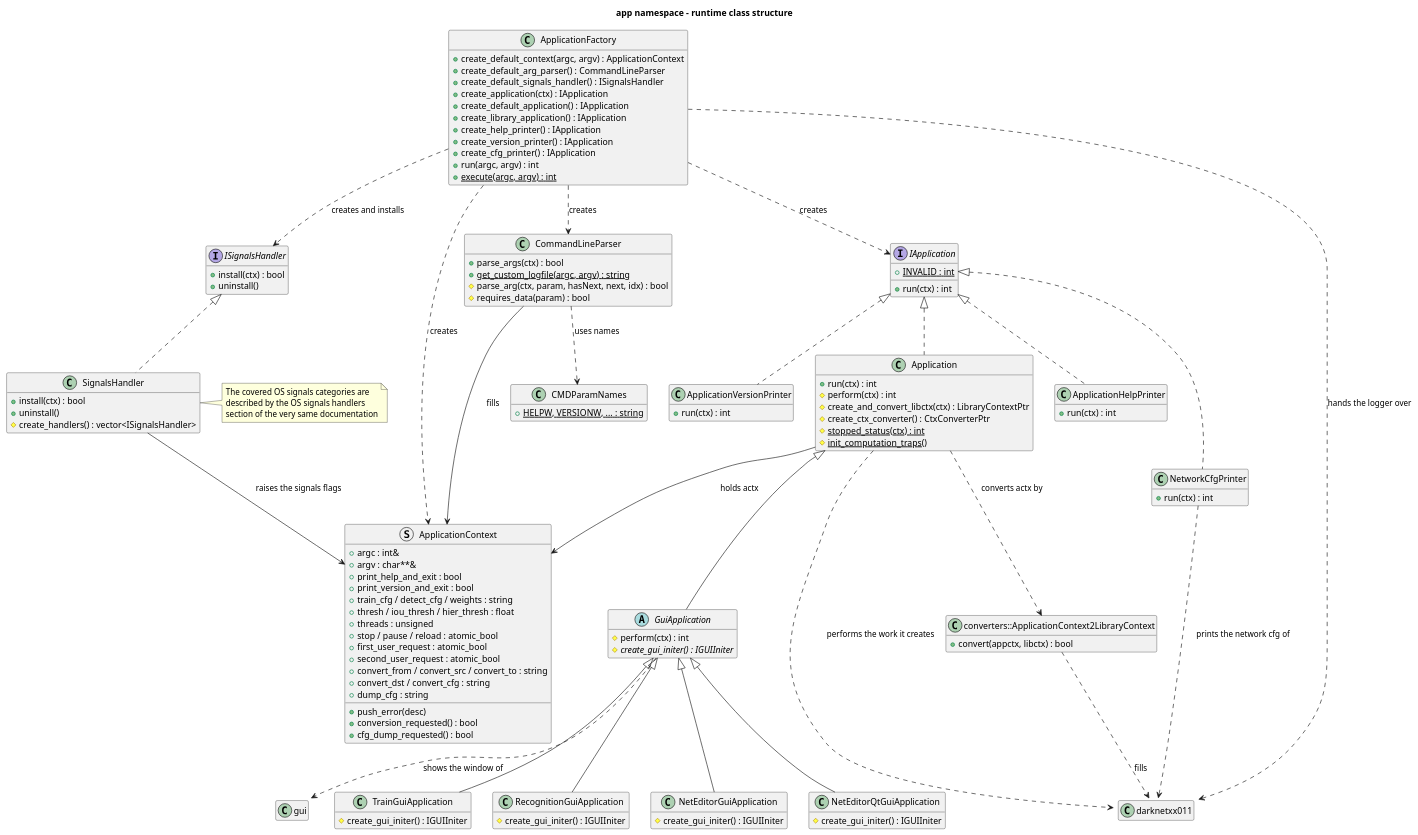
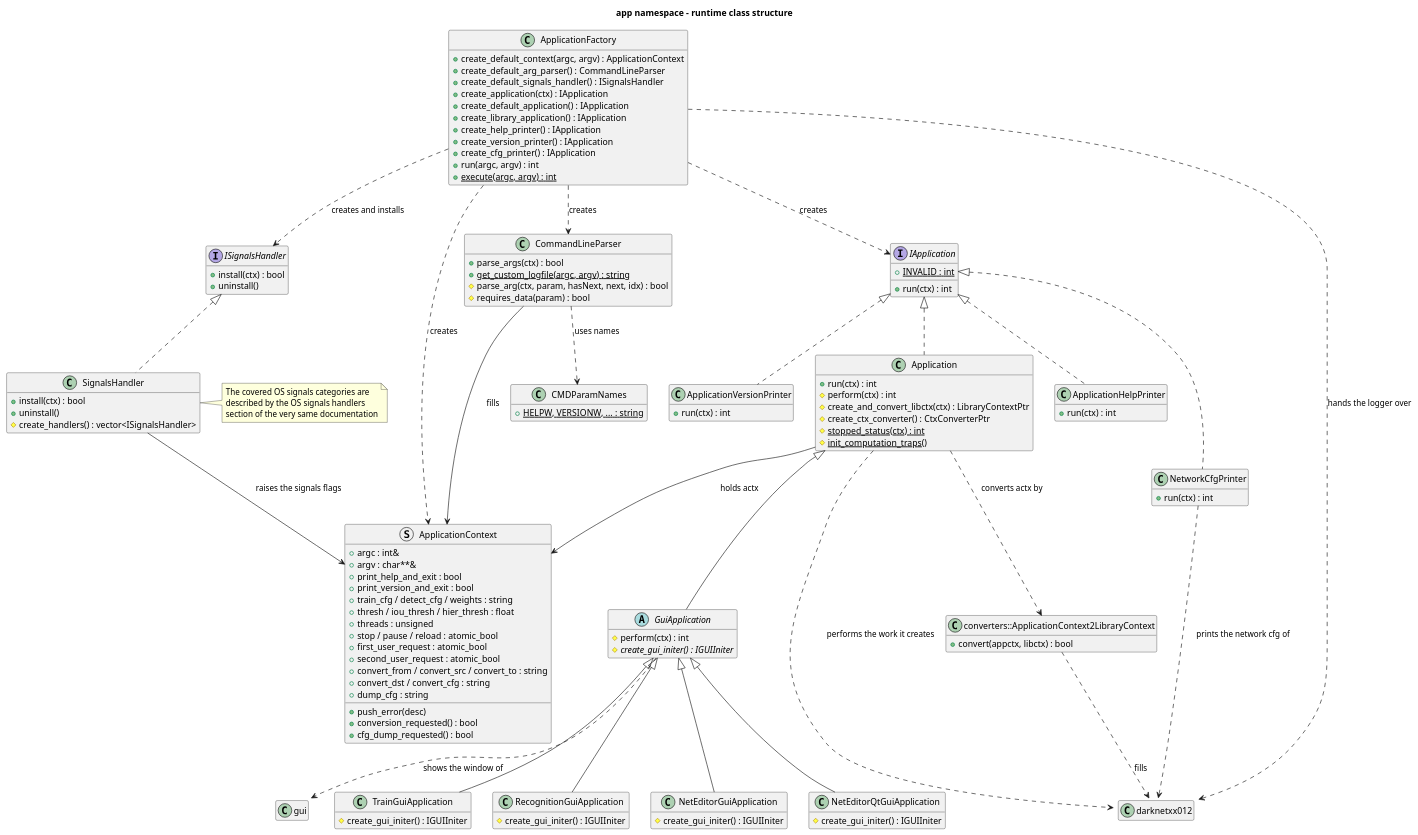
One commit to yuriysydor1991/darknetxx changed the diagram in doc/diagrams/application-runtime-classes.puml. Above: the diagram before and after it, drawn with PlantUML. The commit also changed 497 other files, not shown here.

```diff
--- a/doc/diagrams/application-runtime-classes.puml
+++ b/doc/diagrams/application-runtime-classes.puml
@@ -1,145 +1,145 @@
 @startuml application-runtime-classes
 title app namespace - runtime class structure
 
 skinparam shadowing false
 hide empty members
 
 interface IApplication {
   +run(ctx) : int
   +{static} INVALID : int
 }
 
 class Application {
   +run(ctx) : int
   #perform(ctx) : int
   #create_and_convert_libctx(ctx) : LibraryContextPtr
   #create_ctx_converter() : CtxConverterPtr
   #{static} stopped_status(ctx) : int
   #{static} init_computation_traps()
 }
 
 abstract class GuiApplication {
   #perform(ctx) : int
   #{abstract} create_gui_initer() : IGUIIniter
 }
 
 class TrainGuiApplication {
   #create_gui_initer() : IGUIIniter
 }
 
 class RecognitionGuiApplication {
   #create_gui_initer() : IGUIIniter
 }
 
 class NetEditorGuiApplication {
   #create_gui_initer() : IGUIIniter
 }
 
 class NetEditorQtGuiApplication {
   #create_gui_initer() : IGUIIniter
 }
 
 class "converters::ApplicationContext2LibraryContext" as ApplicationContext2LibraryContext {
   +convert(appctx, libctx) : bool
 }
 
 class ApplicationHelpPrinter {
   +run(ctx) : int
 }
 
 class ApplicationVersionPrinter {
   +run(ctx) : int
 }
 
 class NetworkCfgPrinter {
   +run(ctx) : int
 }
 
 class ApplicationFactory {
   +create_default_context(argc, argv) : ApplicationContext
   +create_default_arg_parser() : CommandLineParser
   +create_default_signals_handler() : ISignalsHandler
   +create_application(ctx) : IApplication
   +create_default_application() : IApplication
   +create_library_application() : IApplication
   +create_help_printer() : IApplication
   +create_version_printer() : IApplication
   +create_cfg_printer() : IApplication
   +run(argc, argv) : int
   +{static} execute(argc, argv) : int
 }
 
 class CommandLineParser {
   +parse_args(ctx) : bool
   +{static} get_custom_logfile(argc, argv) : string
   #parse_arg(ctx, param, hasNext, next, idx) : bool
   #requires_data(param) : bool
 }
 
 class CMDParamNames {
   +{static} HELPW, VERSIONW, ... : string
 }
 
 interface ISignalsHandler {
   +install(ctx) : bool
   +uninstall()
 }
 
 class SignalsHandler {
   +install(ctx) : bool
   +uninstall()
   #create_handlers() : vector<ISignalsHandler>
 }
 
 note right of SignalsHandler
   The covered OS signals categories are
   described by the OS signals handlers
   section of the very same documentation
 end note
 
 struct ApplicationContext {
   +argc : int&
   +argv : char**&
   +print_help_and_exit : bool
   +print_version_and_exit : bool
   +train_cfg / detect_cfg / weights : string
   +thresh / iou_thresh / hier_thresh : float
   +threads : unsigned
   +stop / pause / reload : atomic_bool
   +first_user_request : atomic_bool
   +second_user_request : atomic_bool
   +convert_from / convert_src / convert_to : string
   +convert_dst / convert_cfg : string
   +dump_cfg : string
   +push_error(desc)
   +conversion_requested() : bool
   +cfg_dump_requested() : bool
 }
 
 IApplication <|.. Application
 IApplication <|.. ApplicationHelpPrinter
 IApplication <|.. ApplicationVersionPrinter
 IApplication <|.. NetworkCfgPrinter
 Application <|-- GuiApplication
 GuiApplication <|-- TrainGuiApplication
 GuiApplication <|-- RecognitionGuiApplication
 GuiApplication <|-- NetEditorGuiApplication
 GuiApplication <|-- NetEditorQtGuiApplication
 ISignalsHandler <|.. SignalsHandler
 
 ApplicationFactory ..> IApplication : creates
 ApplicationFactory ..> CommandLineParser : creates
 ApplicationFactory ..> ApplicationContext : creates
 ApplicationFactory ..> ISignalsHandler : creates and installs
 CommandLineParser ..> CMDParamNames : uses names
 CommandLineParser --> ApplicationContext : fills
 Application --> ApplicationContext : holds actx
 SignalsHandler --> ApplicationContext : raises the signals flags
 Application ..> ApplicationContext2LibraryContext : converts actx by
-ApplicationContext2LibraryContext ..> "darknetxx011::LibraryContext" : fills
-Application ..> "darknetxx011::LibraryFacade" : performs the work it creates
+ApplicationContext2LibraryContext ..> "darknetxx012::LibraryContext" : fills
+Application ..> "darknetxx012::LibraryFacade" : performs the work it creates
 GuiApplication ..> "gui::IGUIIniter" : shows the window of
-ApplicationFactory ..> "darknetxx011::LibraryFacade" : hands the logger over
-NetworkCfgPrinter ..> "darknetxx011::LibraryFacade" : prints the network cfg of
+ApplicationFactory ..> "darknetxx012::LibraryFacade" : hands the logger over
+NetworkCfgPrinter ..> "darknetxx012::LibraryFacade" : prints the network cfg of
 
 @enduml
```
